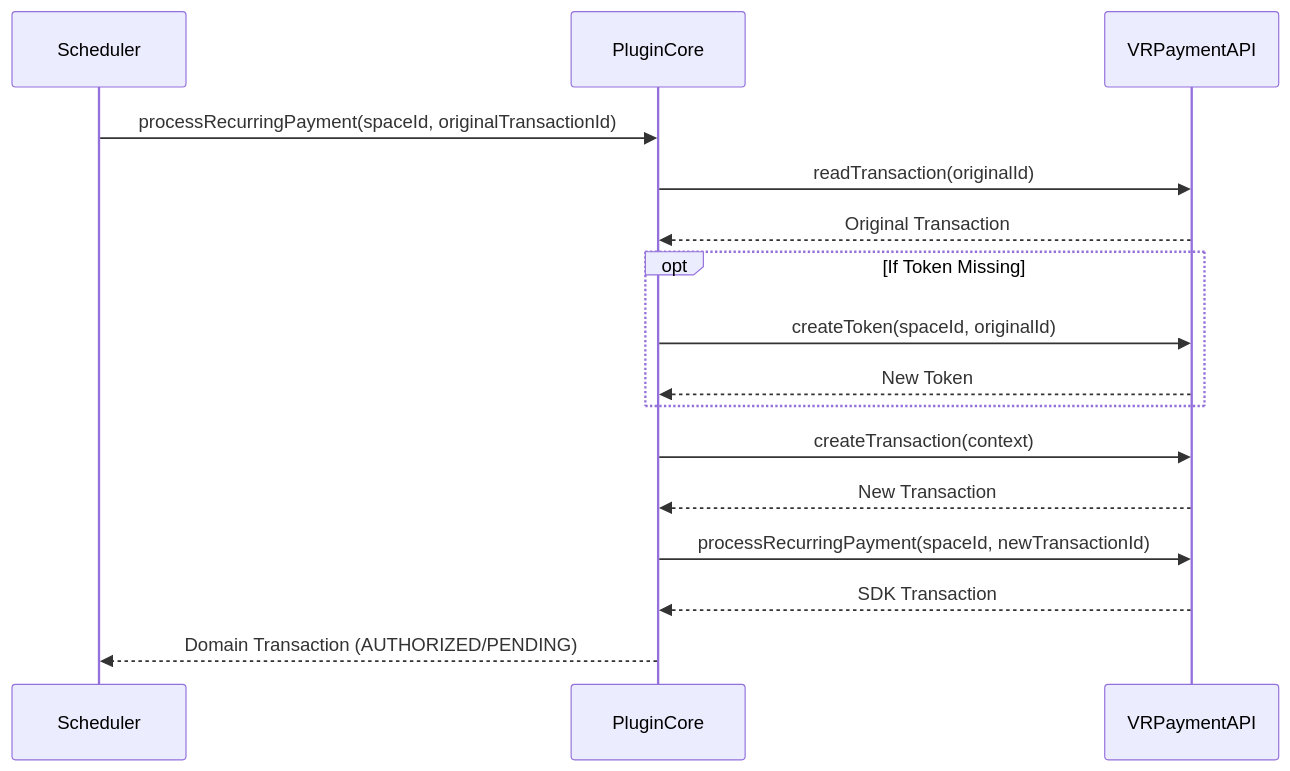
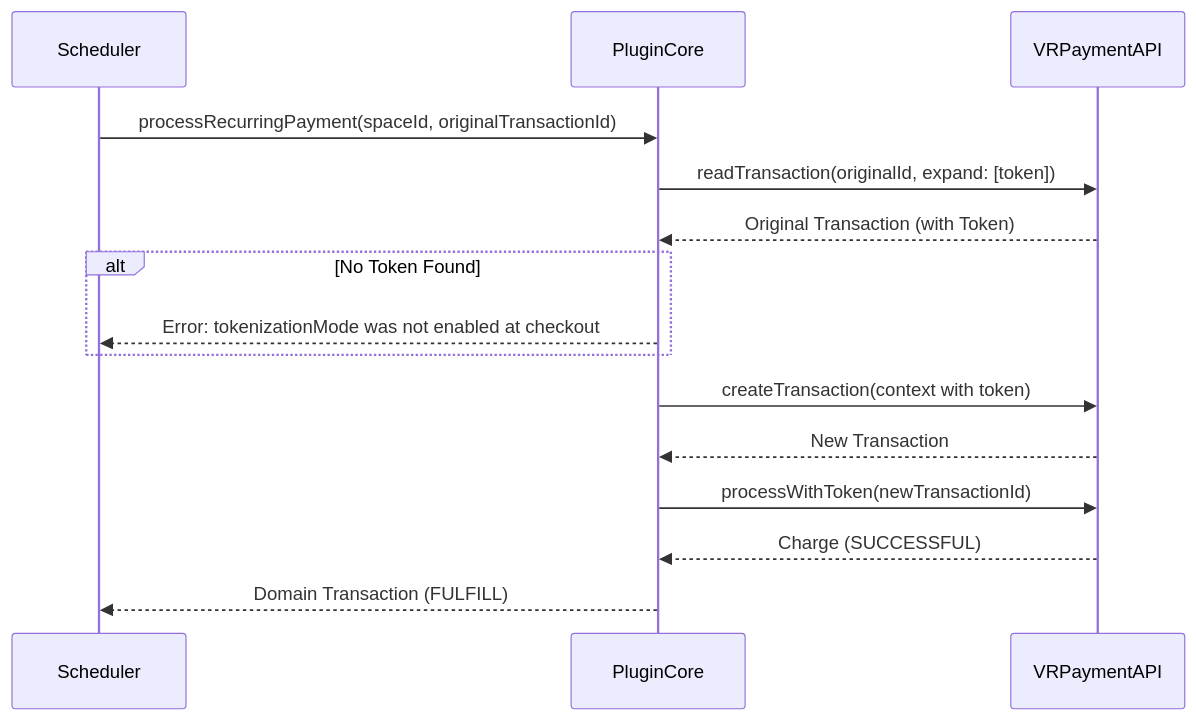
One commit to vr-payment/plugin-core changed the diagram in docs/Recurring/README.md. Above: the diagram before and after it, drawn with Mermaid. The commit also changed other lines of this file and 138 other files, not shown here.

````diff
--- a/docs/Recurring/README.md
+++ b/docs/Recurring/README.md
@@ -64,22 +79,21 @@
 ```mermaid
 sequenceDiagram
     participant Scheduler
     participant PluginCore
     participant VRPaymentAPI
 
     Scheduler->>PluginCore: processRecurringPayment(spaceId, originalTransactionId)
-    PluginCore->>VRPaymentAPI: readTransaction(originalId)
-    VRPaymentAPI-->>PluginCore: Original Transaction
+    PluginCore->>VRPaymentAPI: readTransaction(originalId, expand: [token])
+    VRPaymentAPI-->>PluginCore: Original Transaction (with Token)
     
-    opt If Token Missing
-        PluginCore->>VRPaymentAPI: createToken(spaceId, originalId)
-        VRPaymentAPI-->>PluginCore: New Token
+    alt No Token Found
+        PluginCore-->>Scheduler: Error: tokenizationMode was not enabled at checkout
     end
 
-    PluginCore->>VRPaymentAPI: createTransaction(context)
+    PluginCore->>VRPaymentAPI: createTransaction(context with token)
     VRPaymentAPI-->>PluginCore: New Transaction
 
-    PluginCore->>VRPaymentAPI: processRecurringPayment(spaceId, newTransactionId)
-    VRPaymentAPI-->>PluginCore: SDK Transaction
-    PluginCore-->>Scheduler: Domain Transaction (AUTHORIZED/PENDING)
+    PluginCore->>VRPaymentAPI: processWithToken(newTransactionId)
+    VRPaymentAPI-->>PluginCore: Charge (SUCCESSFUL)
+    PluginCore-->>Scheduler: Domain Transaction (FULFILL)
 ```
````
